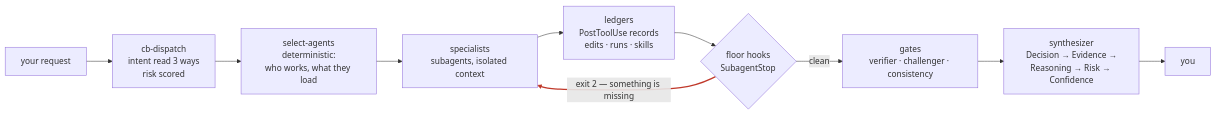
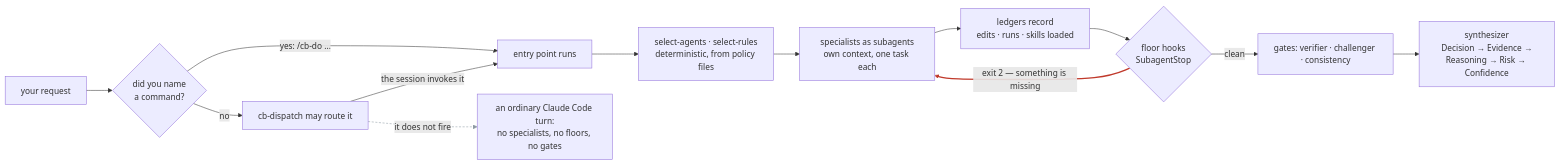
The first of 3 diagrams in README.md (isumer/cereblnk), drawn with Mermaid before and after one commit. The commit also changed other lines of this file, not shown here.

````diff
--- a/README.md
+++ b/README.md
@@ -42,15 +36,18 @@
 ```mermaid
 flowchart LR
-    REQ["your request"] --> DISP["cb-dispatch<br/>intent read 3 ways<br/>risk scored"]
-    DISP --> SEL["select-agents<br/>deterministic:<br/>who works, what they load"]
-    SEL --> SPEC["specialists<br/>subagents, isolated context"]
-    SPEC --> LED["ledgers<br/>PostToolUse records<br/>edits · runs · skills"]
+    REQ["your request"] --> FORK{"did you name<br/>a command?"}
+    FORK -- "yes: /cb-do ..." --> ENTRY["entry point runs"]
+    FORK -- "no" --> DISP["cb-dispatch may route it"]
+    DISP -- "the session invokes it" --> ENTRY
+    DISP -. "it does not fire" .-> PLAIN["an ordinary Claude Code turn:<br/>no specialists, no floors, no gates"]
+    ENTRY --> SEL["select-agents · select-rules<br/>deterministic, from policy files"]
+    SEL --> SPEC["specialists as subagents<br/>own context, one task each"]
+    SPEC --> LED["ledgers record<br/>edits · runs · skills loaded"]
     LED --> FLOOR{"floor hooks<br/>SubagentStop"}
     FLOOR -- "exit 2 — something is missing" --> SPEC
-    FLOOR -- "clean" --> GATE["gates<br/>verifier · challenger · consistency"]
+    FLOOR -- "clean" --> GATE["gates: verifier · challenger · consistency"]
     GATE --> SYN["synthesizer<br/>Decision → Evidence →<br/>Reasoning → Risk → Confidence"]
-    SYN --> OUT["you"]
 
-    %% link 5 is the back edge — the whole product is that arrow
-    linkStyle 5 stroke:#c0392b,stroke-width:2.5px
+    linkStyle 4 stroke:#8C99A2,stroke-dasharray:4 3
+    linkStyle 9 stroke:#c0392b,stroke-width:2.5px
 ```
````
